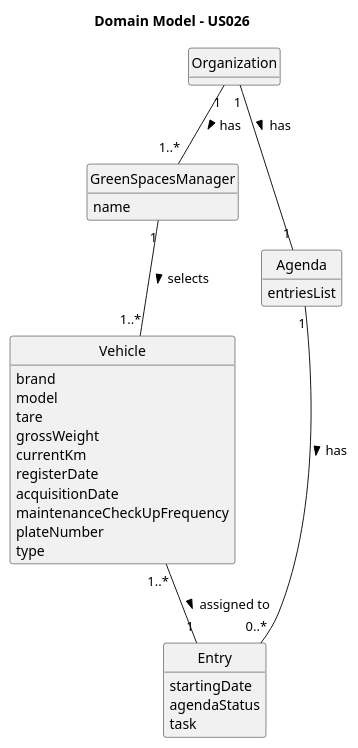
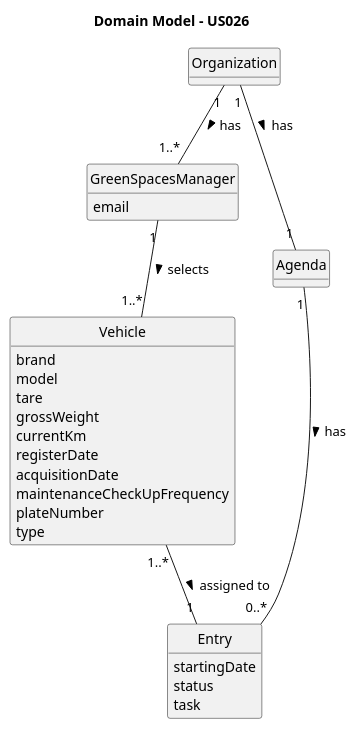
Before and after one commit to daniel41silva05/ISEP_2023_2024_LAPR2: the diagram in docs/sprintA&B&C/us026/02.analysis/puml/us026-domain-model.puml, drawn with PlantUML. The commit also changed 5 other files, not shown here.

Commit message:
Update US26 - Requirements engineering + Domain Model + Class Diagram #12

```diff
--- a/docs/sprintA&B&C/us026/02.analysis/puml/us026-domain-model.puml
+++ b/docs/sprintA&B&C/us026/02.analysis/puml/us026-domain-model.puml
@@ -1,49 +1,48 @@
 @startuml
 skinparam monochrome true
 skinparam packageStyle rectangle
 skinparam shadowing false
 
 skinparam classAttributeIconSize 0
 
 hide circle
 hide methods
 
 title Domain Model - US026
 
 class Organization {
 }
 
 class GreenSpacesManager {
-    name
+    email
 }
 
 class Agenda {
-    entriesList
 }
 
 class Entry {
     startingDate
-    agendaStatus
+    status
     task
 }
 
 class Vehicle {
     brand
     model
     tare
     grossWeight
     currentKm
     registerDate
     acquisitionDate
     maintenanceCheckUpFrequency
     plateNumber
     type
 }
 
 Organization "1" -- "1..*" GreenSpacesManager : has >
 Organization "1" -- "1" Agenda : has >
 GreenSpacesManager "1" -- "1..*" Vehicle : selects  >
 Agenda "1" -- "0..*" Entry : has >
 Vehicle "1..*" -- "1" Entry : assigned to >
 
 @enduml
```
